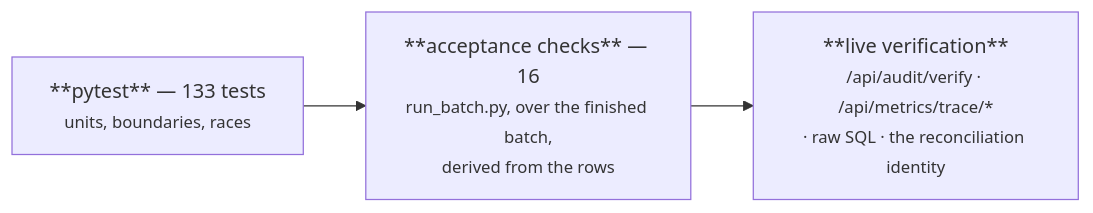
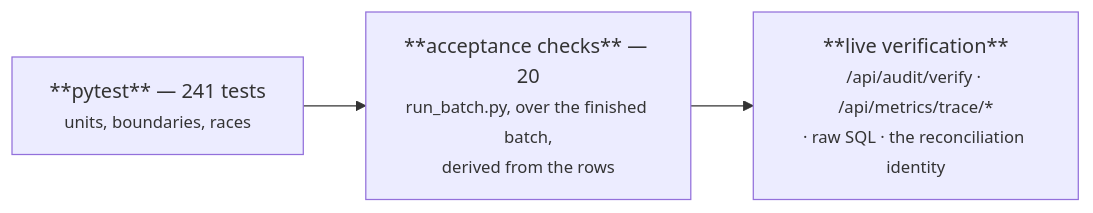
Before and after one commit to anshhoff/sahara: the second of 2 diagrams in docs/15-testing.md, drawn with Mermaid. The commit also changed other lines of this file and 13 other files, not shown here.

````diff
--- a/docs/15-testing.md
+++ b/docs/15-testing.md
@@ -200,4 +262,4 @@
 ```mermaid
 flowchart LR
-    U["**pytest** — 133 tests<br/><small>units, boundaries, races</small>"] --> A["**acceptance checks** — 16<br/><small>run_batch.py, over the finished batch,<br/>derived from the rows</small>"] --> L["**live verification**<br/><small>/api/audit/verify · /api/metrics/trace/*<br/>· raw SQL · the reconciliation identity</small>"]
+    U["**pytest** — 241 tests<br/><small>units, boundaries, races</small>"] --> A["**acceptance checks** — 20<br/><small>run_batch.py, over the finished batch,<br/>derived from the rows</small>"] --> L["**live verification**<br/><small>/api/audit/verify · /api/metrics/trace/*<br/>· raw SQL · the reconciliation identity</small>"]
 ```
````
